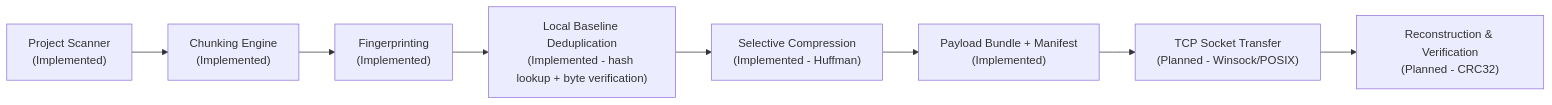
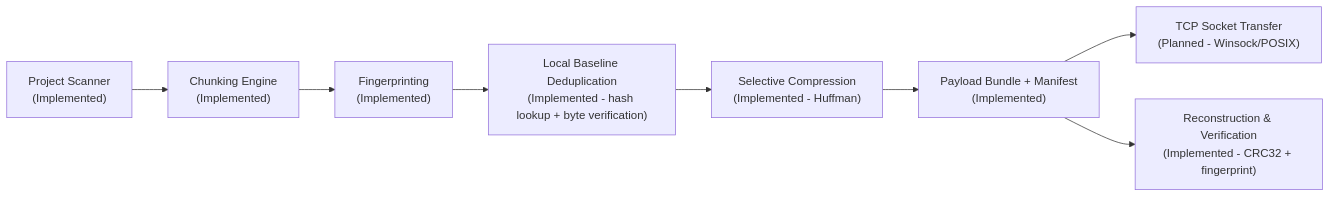
Before and after one commit to pratyush34/RetroTransfer: the first of 2 diagrams in readme.md, drawn with Mermaid. The commit also changed other lines of this file and 8 other files, not shown here.

Commit message:
reconstruction engine has been implemented and  tested

````diff
--- a/readme.md
+++ b/readme.md
@@ -89,10 +131,10 @@
 ```mermaid
 flowchart LR
     A["Project Scanner<br/>(Implemented)"] --> B["Chunking Engine<br/>(Implemented)"]
     B --> C["Fingerprinting<br/>(Implemented)"]
     C --> D["Local Baseline Deduplication<br/>(Implemented - hash lookup + byte verification)"]
     D --> E["Selective Compression<br/>(Implemented - Huffman)"]
     E --> F["Payload Bundle + Manifest<br/>(Implemented)"]
     F --> G["TCP Socket Transfer<br/>(Planned - Winsock/POSIX)"]
-    G --> H["Reconstruction & Verification<br/>(Planned - CRC32)"]
+    F --> H["Reconstruction & Verification<br/>(Implemented - CRC32 + fingerprint)"]
 ```
````
